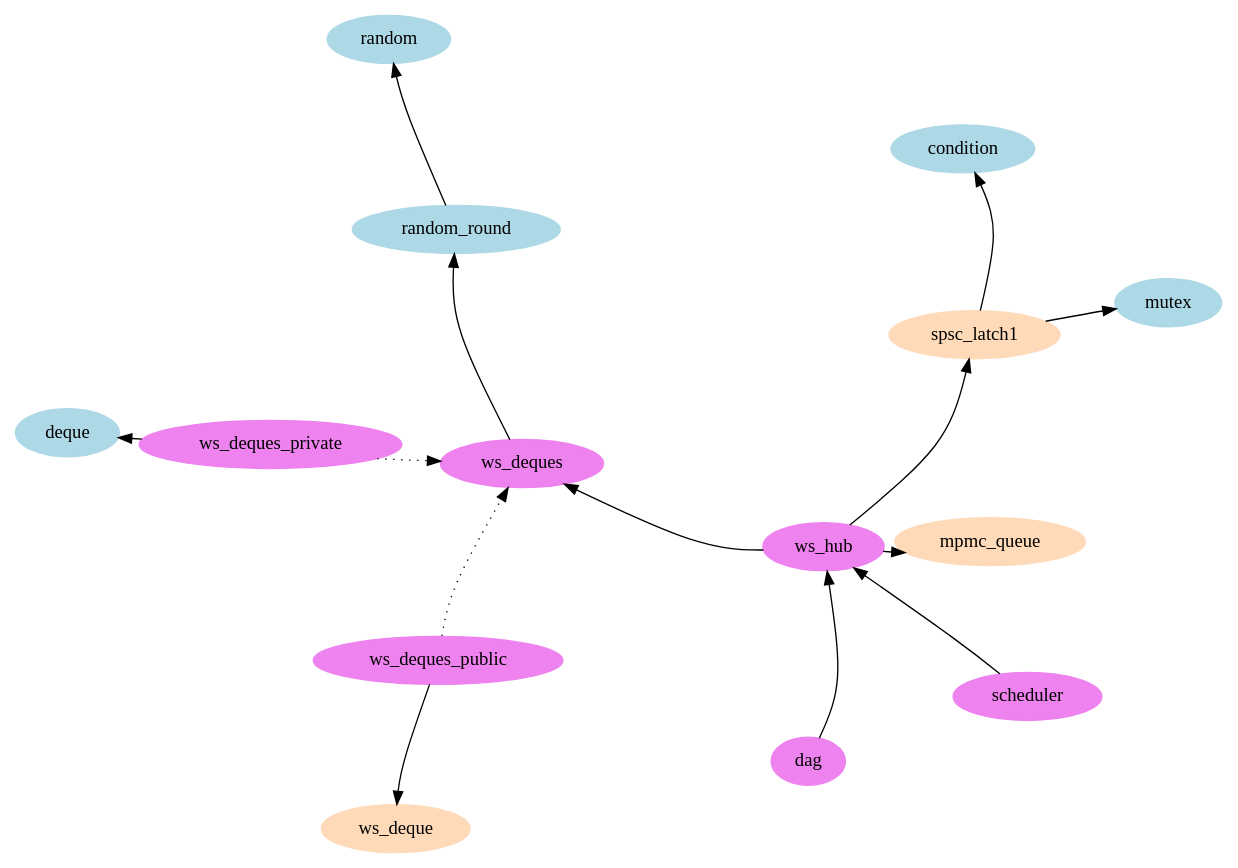
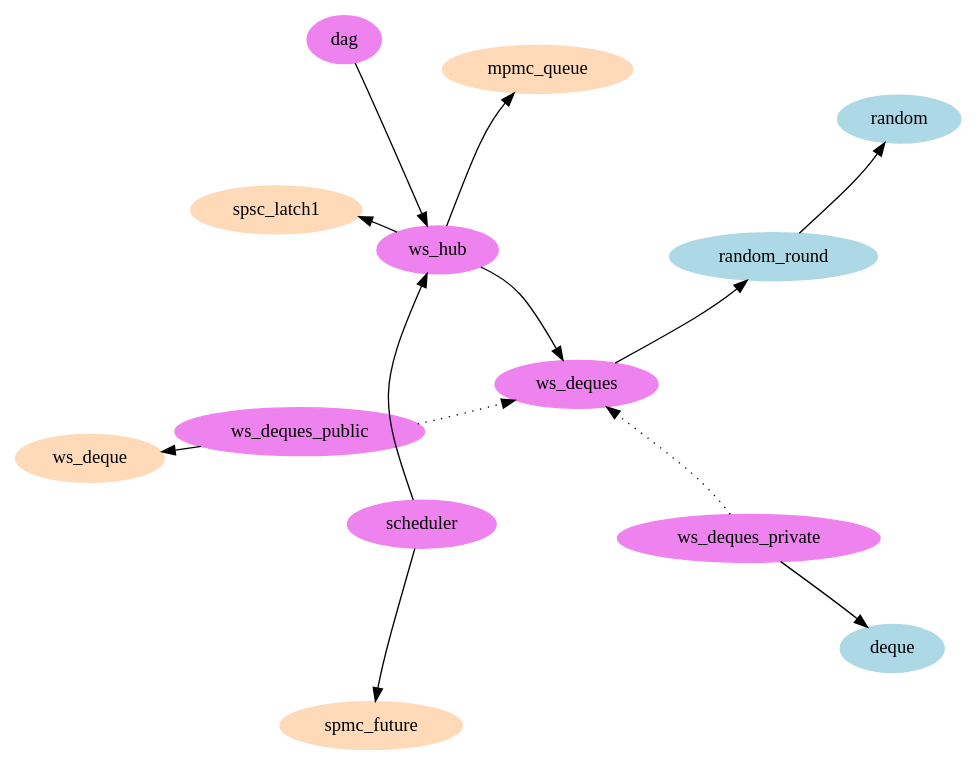
The diagram in doc/scheduling.dot (clef-men/zoo), drawn with Graphviz before and after one commit. The commit also changed 3 other files, not shown here.

```diff
--- a/doc/scheduling.dot
+++ b/doc/scheduling.dot
@@ -1,58 +1,64 @@
 digraph {
 	layout=sfdp
 	overlap=false
 	splines=curved
 
 	subgraph cluster_std {
 		label="std"
 		node [style=filled, color=lightblue]
 		/* array [label="array"] */
 		random [label="random"]
 		random_round [label="random_round"]
 		deque [label="deque"]
-		mutex [label="mutex"]
-		condition [label="condition"]
+		/* mutex [label="mutex"] */
+		/* condition [label="condition"] */
 	}
 
 	subgraph cluster_saturn {
 		label="saturn"
 		node [style=filled, color=peachpuff]
 		spsc_latch1 [label="spsc_latch1"]
+		spmc_future [label="spmc_future"]
 		mpmc_queue [label="mpmc_queue"]
 		ws_deque [label="ws_deque"]
 	}
 
 	subgraph cluster_scheduling {
 		label="scheduling"
 		node [style=filled, color=violet]
 		ws_deques [label="ws_deques"]
 		ws_deques_public [label="ws_deques_public"]
 		ws_deques_private [label="ws_deques_private"]
 		ws_hub [label="ws_hub"]
 		scheduler [label="scheduler"]
 		dag [label="dag"]
 	}
 
 	random_round -> random
 	/* random_round -> array */
 
-	spsc_latch1 -> mutex
-	spsc_latch1 -> condition
+	/* spsc_latch1 -> mutex */
+	/* spsc_latch1 -> condition */
+
+	/* spmc_future -> mutex */
+	/* spmc_future -> condition */
 
 	/* ws_deques_public -> array */
 	ws_deques_public -> ws_deque
 	ws_deques_public -> ws_deques [style=dotted]
 
 	/* ws_deques_private -> array */
 	ws_deques_private -> deque
 	ws_deques_private -> ws_deques [style=dotted]
 
 	ws_deques -> random_round
 
 	ws_hub -> mpmc_queue
 	ws_hub -> spsc_latch1
 	ws_hub -> ws_deques
 
+	scheduler -> spmc_future
 	scheduler -> ws_hub
+
 	dag -> ws_hub
 }
```
